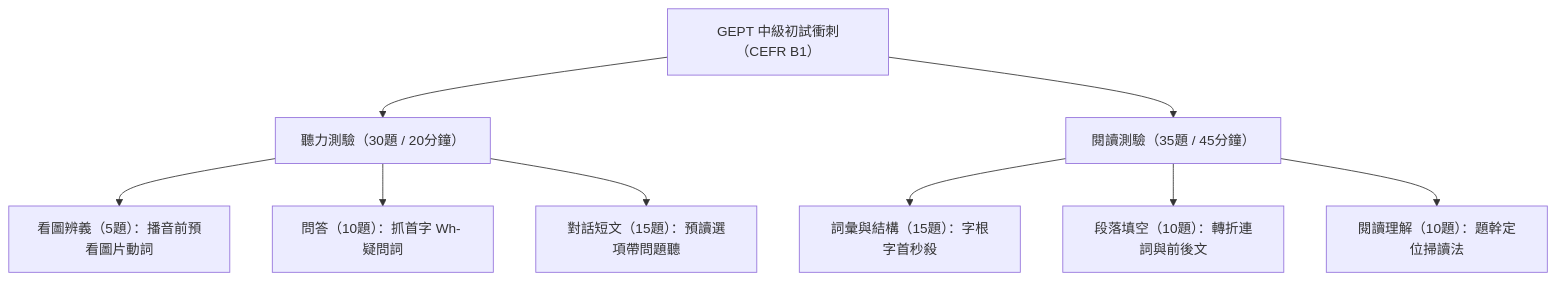
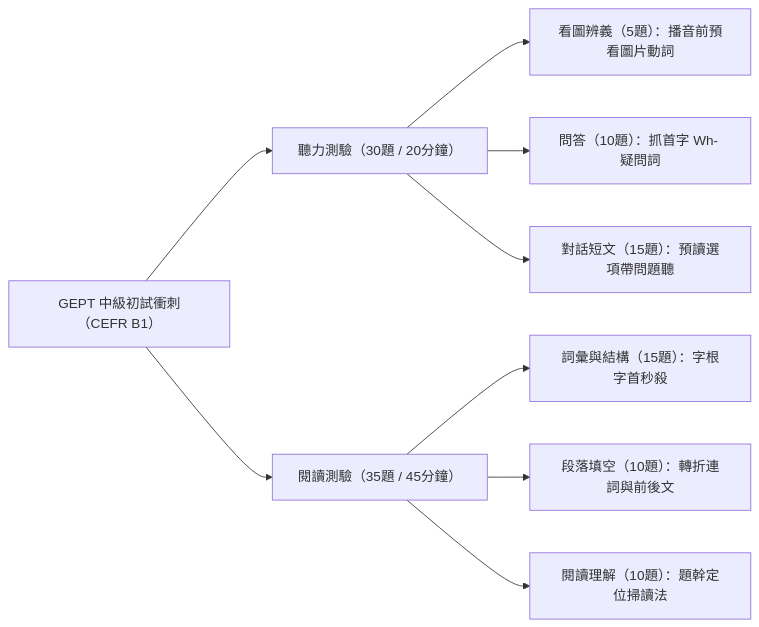
Before and after one commit to chonglun/tw-senior-high-ai-tutor: the diagram in 英文/GEPT中級初試準備指南.md, drawn with Mermaid. The commit also changed other lines of this file and 5 other files, not shown here.

````diff
--- a/英文/GEPT中級初試準備指南.md
+++ b/英文/GEPT中級初試準備指南.md
@@ -31,13 +31,13 @@
 ```mermaid
-flowchart TD
+flowchart LR
     A["GEPT 中級初試衝刺（CEFR B1）"] --> B["聽力測驗（30題 / 20分鐘）"]
     A --> C["閱讀測驗（35題 / 45分鐘）"]
     
     B --> B1["看圖辨義（5題）：播音前預看圖片動詞"]
     B --> B2["問答（10題）：抓首字 Wh- 疑問詞"]
     B --> B3["對話短文（15題）：預讀選項帶問題聽"]
     
     C --> C1["詞彙與結構（15題）：字根字首秒殺"]
     C --> C2["段落填空（10題）：轉折連詞與前後文"]
     C --> C3["閱讀理解（10題）：題幹定位掃讀法"]
 ```
````
